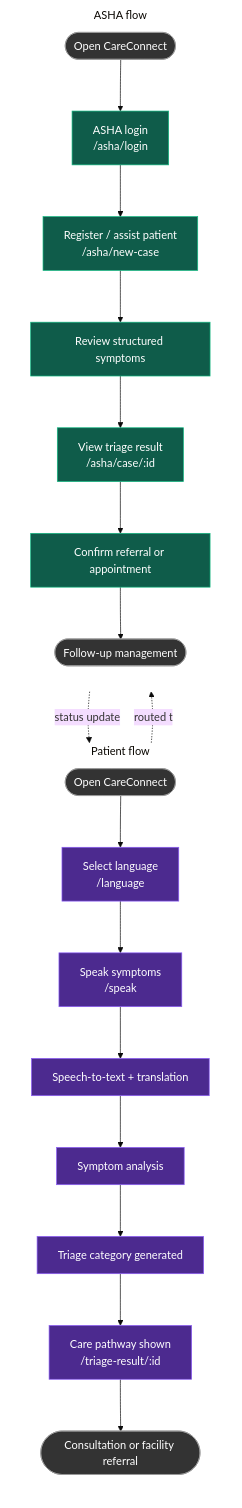
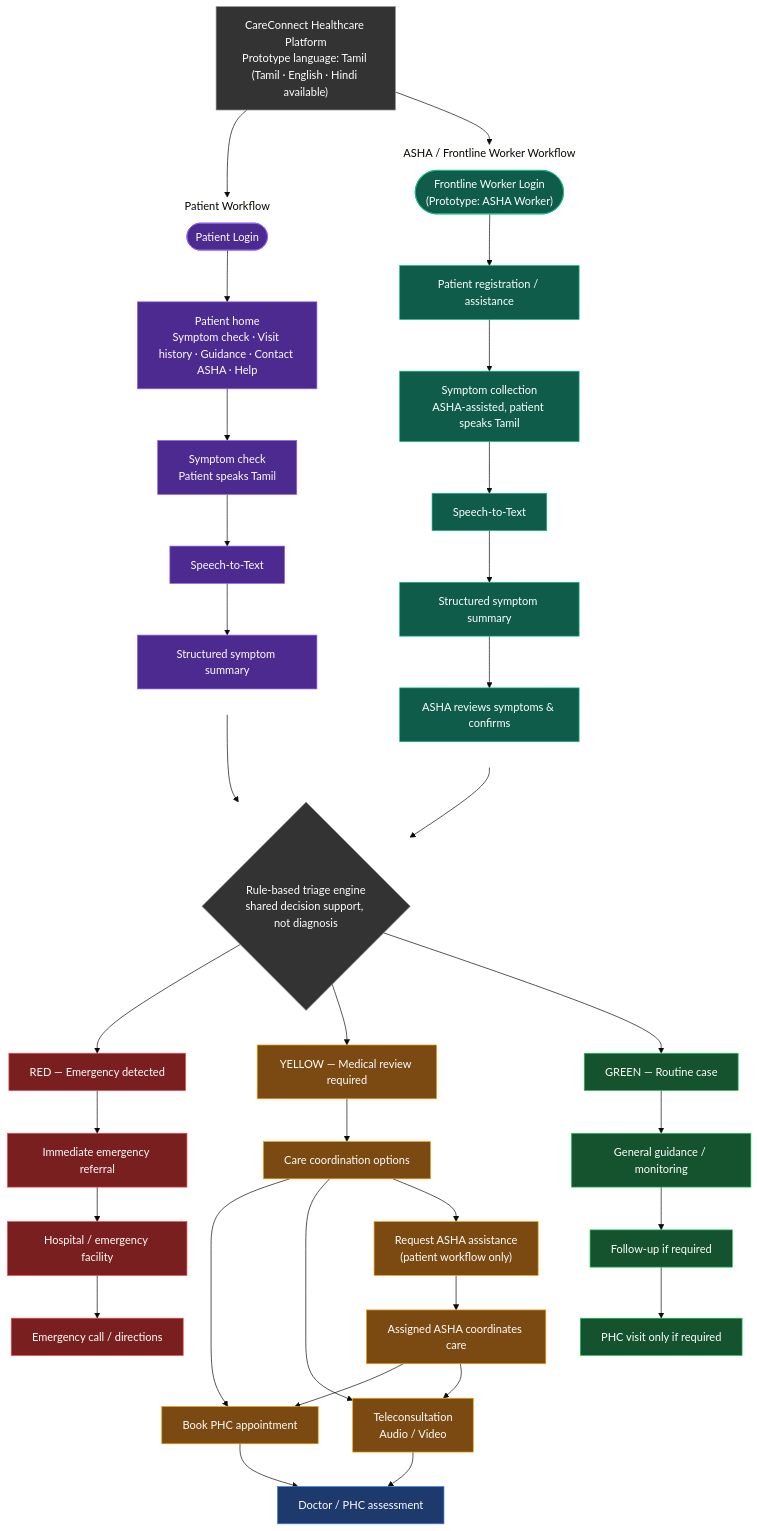
Before and after one commit to Abinayaa1006/CareConnect: the second of 2 diagrams in README.md, drawn with Mermaid (base theme). The commit also changed other lines of this file, not shown here.

Commit message:
Revise diagrams for  integration

````diff
--- a/README.md
+++ b/README.md
@@ -74,37 +78,72 @@
 ```mermaid
 flowchart TD
-    subgraph PF["Patient flow"]
+    PLATFORM["CareConnect Healthcare Platform<br/>Prototype language: Tamil (Tamil · English · Hindi available)"]
+
+    PLATFORM --> AL
+    PLATFORM --> PL
+
+    subgraph ASHAFLOW["ASHA / Frontline Worker Workflow"]
         direction TB
-        P1(["Open CareConnect"]) --> P2["Select language<br/>/language"]
-        P2 --> P3["Speak symptoms<br/>/speak"]
-        P3 --> P4["Speech-to-text + translation"]
-        P4 --> P5["Symptom analysis"]
-        P5 --> P6["Triage category generated"]
-        P6 --> P7["Care pathway shown<br/>/triage-result/:id"]
-        P7 --> P8(["Consultation or facility referral"])
+        AL(["Frontline Worker Login<br/>(Prototype: ASHA Worker)"]) --> AR["Patient registration / assistance"]
+        AR --> ASC["Symptom collection<br/>ASHA-assisted, patient speaks Tamil"]
+        ASC --> ASTT["Speech-to-Text"]
+        ASTT --> ASS["Structured symptom summary"]
+        ASS --> AREV["ASHA reviews symptoms & confirms"]
     end
 
-    subgraph AF["ASHA flow"]
+    subgraph PATIENTFLOW["Patient Workflow"]
         direction TB
-        A1(["Open CareConnect"]) --> A2["ASHA login<br/>/asha/login"]
-        A2 --> A3["Register / assist patient<br/>/asha/new-case"]
-        A3 --> A4["Review structured symptoms"]
-        A4 --> A5["View triage result<br/>/asha/case/:id"]
-        A5 --> A6["Confirm referral or appointment"]
-        A6 --> A7(["Follow-up management"])
+        PL(["Patient Login"]) --> PH["Patient home<br/>Symptom check · Visit history · Guidance · Contact ASHA · Help"]
+        PH --> PSC["Symptom check<br/>Patient speaks Tamil"]
+        PSC --> PSTT["Speech-to-Text"]
+        PSTT --> PSS["Structured symptom summary"]
     end
 
-    P6 -.routed to.-> A5
-    A6 -.status update.-> P7
+    AREV --> TRIAGE
+    PSS --> TRIAGE
 
-    classDef patientNode fill:#4c2a8f,stroke:#8b5cf6,color:#ffffff
-    classDef ashaNode fill:#0f5c4a,stroke:#10b981,color:#ffffff
-    classDef endpointNode fill:#333333,stroke:#999999,color:#ffffff
+    TRIAGE{"Rule-based triage engine<br/>shared decision support, not diagnosis"}
 
-    class P2,P3,P4,P5,P6,P7 patientNode
-    class A2,A3,A4,A5,A6 ashaNode
-    class P1,P8,A1,A7 endpointNode
+    TRIAGE --> RED["RED — Emergency detected"]
+    TRIAGE --> YEL["YELLOW — Medical review required"]
+    TRIAGE --> GRE["GREEN — Routine case"]
 
-    style PF fill:transparent,stroke:none
-    style AF fill:transparent,stroke:none
+    RED --> ERF["Immediate emergency referral"]
+    ERF --> HOSP["Hospital / emergency facility"]
+    HOSP --> ECALL["Emergency call / directions"]
+
+    YEL --> COORD["Care coordination options"]
+    COORD --> PHCAPT["Book PHC appointment"]
+    COORD --> TELE["Teleconsultation<br/>Audio / Video"]
+    COORD --> ASSIST["Request ASHA assistance<br/>(patient workflow only)"]
+    ASSIST --> ACOORD["Assigned ASHA coordinates care"]
+    ACOORD --> PHCAPT
+    ACOORD --> TELE
+    PHCAPT --> DOC["Doctor / PHC assessment"]
+    TELE --> DOC
+
+    GRE --> GUID["General guidance / monitoring"]
+    GUID --> FU["Follow-up if required"]
+    FU --> PHC2["PHC visit only if required"]
+
+    classDef platform fill:#333333,stroke:#999999,color:#ffffff
+    classDef asha fill:#0f5c4a,stroke:#10b981,color:#ffffff
+    classDef patient fill:#4c2a8f,stroke:#8b5cf6,color:#ffffff
+    classDef triage fill:#333333,stroke:#999999,color:#ffffff
+    classDef red fill:#7a1f1f,stroke:#ef4444,color:#ffffff
+    classDef yellow fill:#7a4a12,stroke:#f59e0b,color:#ffffff
+    classDef green fill:#14532d,stroke:#22c55e,color:#ffffff
+    classDef endpoint fill:#1e3a6d,stroke:#3b82f6,color:#ffffff
+
+    class PLATFORM platform
+    class AL,AR,ASC,ASTT,ASS,AREV asha
+    class PL,PH,PSC,PSTT,PSS patient
+    class TRIAGE triage
+    class RED,ERF,HOSP,ECALL red
+    class YEL,COORD,PHCAPT,TELE,ASSIST,ACOORD yellow
+    class GRE,GUID,FU,PHC2 green
+    class DOC endpoint
+
+    style ASHAFLOW fill:transparent,stroke:none
+    style PATIENTFLOW fill:transparent,stroke:none
 ```
````
